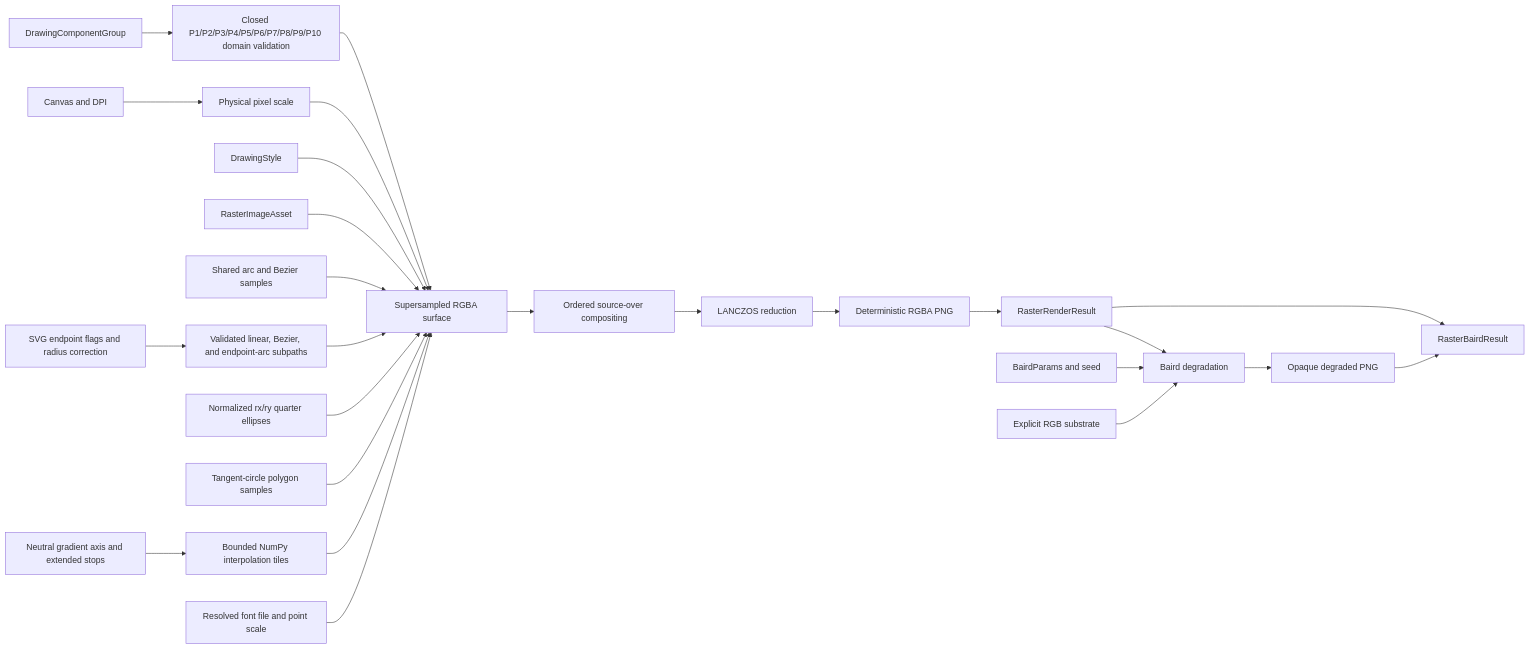
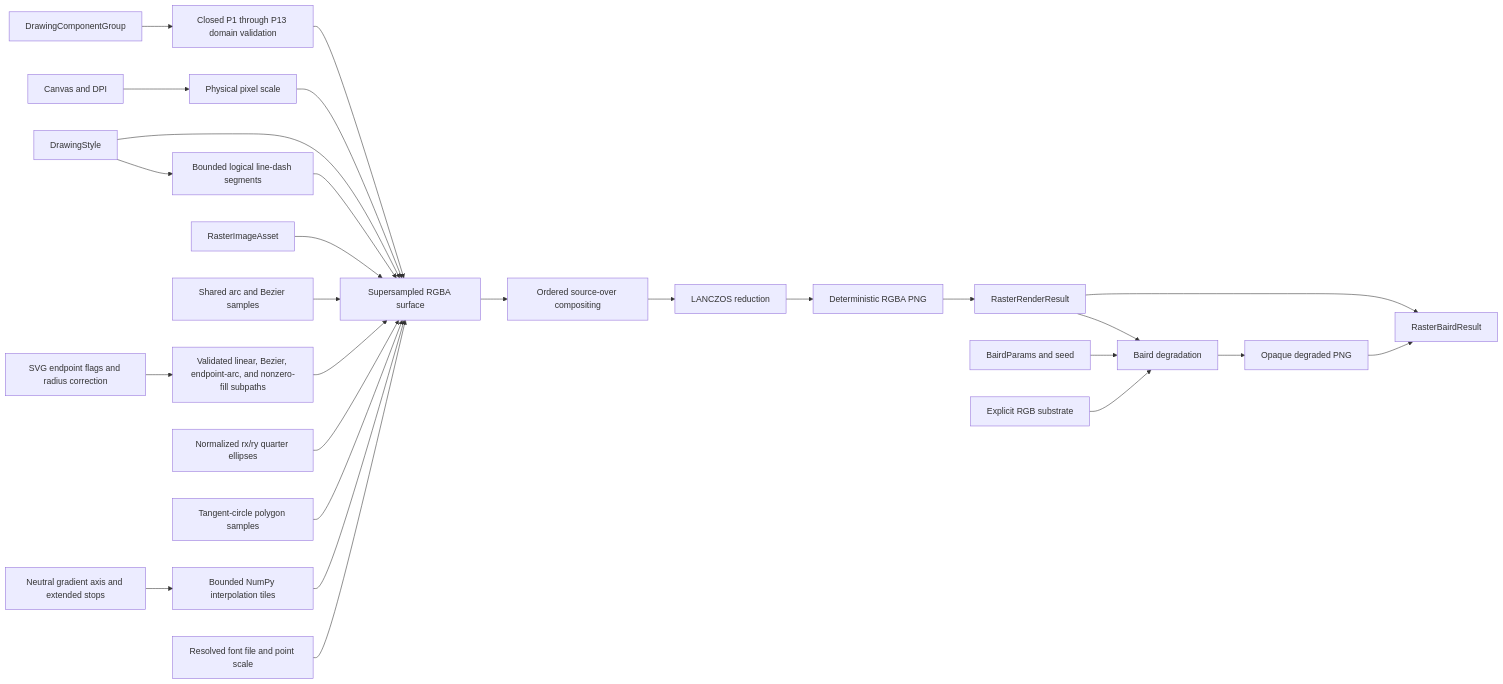
Before and after one commit to cmill32405/InkGen: the diagram in docs/diagrams/raster-renderer.mmd, drawn with Mermaid. The commit also changed 20 other files, not shown here.

Commit message:
Add raster line dash rendering

```diff
--- a/docs/diagrams/raster-renderer.mmd
+++ b/docs/diagrams/raster-renderer.mmd
@@ -1,25 +1,27 @@
 flowchart LR
-    Group[DrawingComponentGroup] --> Validate[Closed P1/P2/P3/P4/P5/P6/P7/P8/P9/P10 domain validation]
+    Group[DrawingComponentGroup] --> Validate[Closed P1 through P13 domain validation]
     Canvas[Canvas and DPI] --> Scale[Physical pixel scale]
     Validate --> Surface[Supersampled RGBA surface]
     Scale --> Surface
     Style[DrawingStyle] --> Surface
+    Style --> Dashes[Bounded logical line-dash segments]
+    Dashes --> Surface
     Assets[RasterImageAsset] --> Surface
     Curves[Shared arc and Bezier samples] --> Surface
-    Paths[Validated linear, Bezier, and endpoint-arc subpaths] --> Surface
+    Paths[Validated linear, Bezier, endpoint-arc, and nonzero-fill subpaths] --> Surface
     ArcFlags[SVG endpoint flags and radius correction] --> Paths
     Rounded[Normalized rx/ry quarter ellipses] --> Surface
     RoundedPolygon[Tangent-circle polygon samples] --> Surface
     Gradient[Neutral gradient axis and extended stops] --> Tiles[Bounded NumPy interpolation tiles]
     Tiles --> Surface
     Font[Resolved font file and point scale] --> Surface
     Surface --> Composite[Ordered source-over compositing]
     Composite --> Reduce[LANCZOS reduction]
     Reduce --> PNG[Deterministic RGBA PNG]
     PNG --> Result[RasterRenderResult]
     Result --> Pair[RasterBairdResult]
     Result --> Baird[Baird degradation]
     Params[BairdParams and seed] --> Baird
     Substrate[Explicit RGB substrate] --> Baird
     Baird --> Scan[Opaque degraded PNG]
     Scan --> Pair
```
